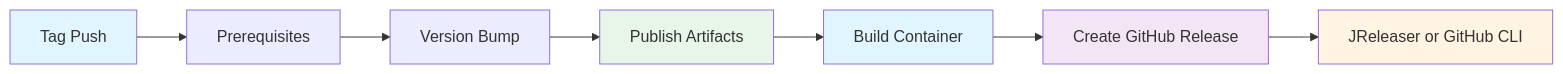
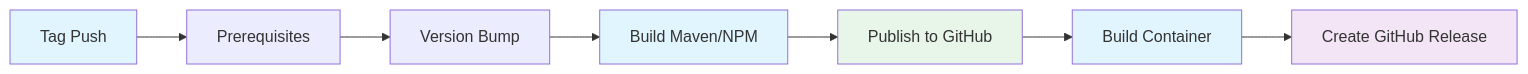
The fifth of 6 diagrams in docs/workflows.md (diggsweden/reusable-ci), drawn with Mermaid before and after one commit. The commit also changed other lines of this file and 58 other files, not shown here.

````diff
--- a/docs/workflows.md
+++ b/docs/workflows.md
@@ -129,15 +146,15 @@
 ```mermaid
 graph LR
     A[Tag Push] --> B[Prerequisites]
     B --> C[Version Bump]
-    C --> D[Publish Artifacts]
-    D --> E[Build Container]
-    E --> F[Create GitHub Release]
-    F --> G[JReleaser or GitHub CLI]
+    C --> D[Build Maven/NPM]
+    D --> E[Publish to GitHub]
+    E --> F[Build Container]
+    F --> G[Create GitHub Release]
 
     style A fill:#e1f5ff
-    style D fill:#e8f5e9
-    style E fill:#e1f5ff
-    style F fill:#f3e5f5
-    style G fill:#fff4e1
+    style D fill:#e1f5ff
+    style E fill:#e8f5e9
+    style F fill:#e1f5ff
+    style G fill:#f3e5f5
 ```
````
